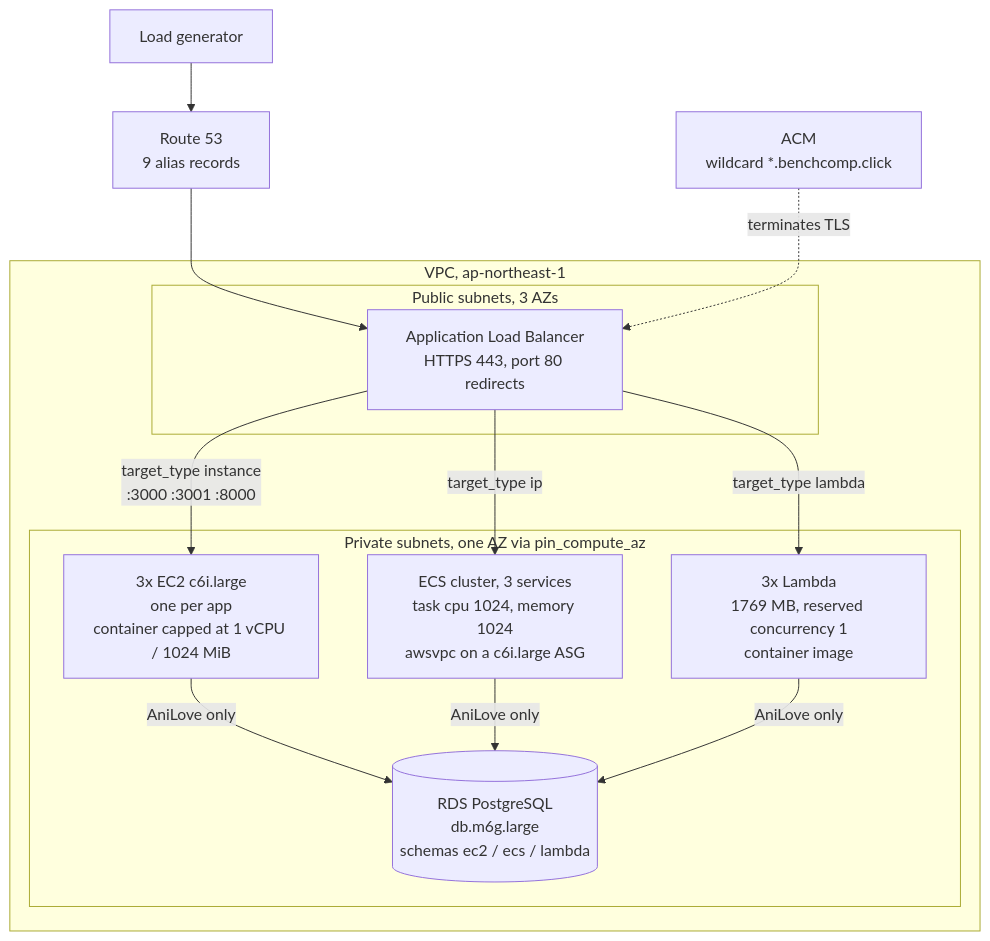
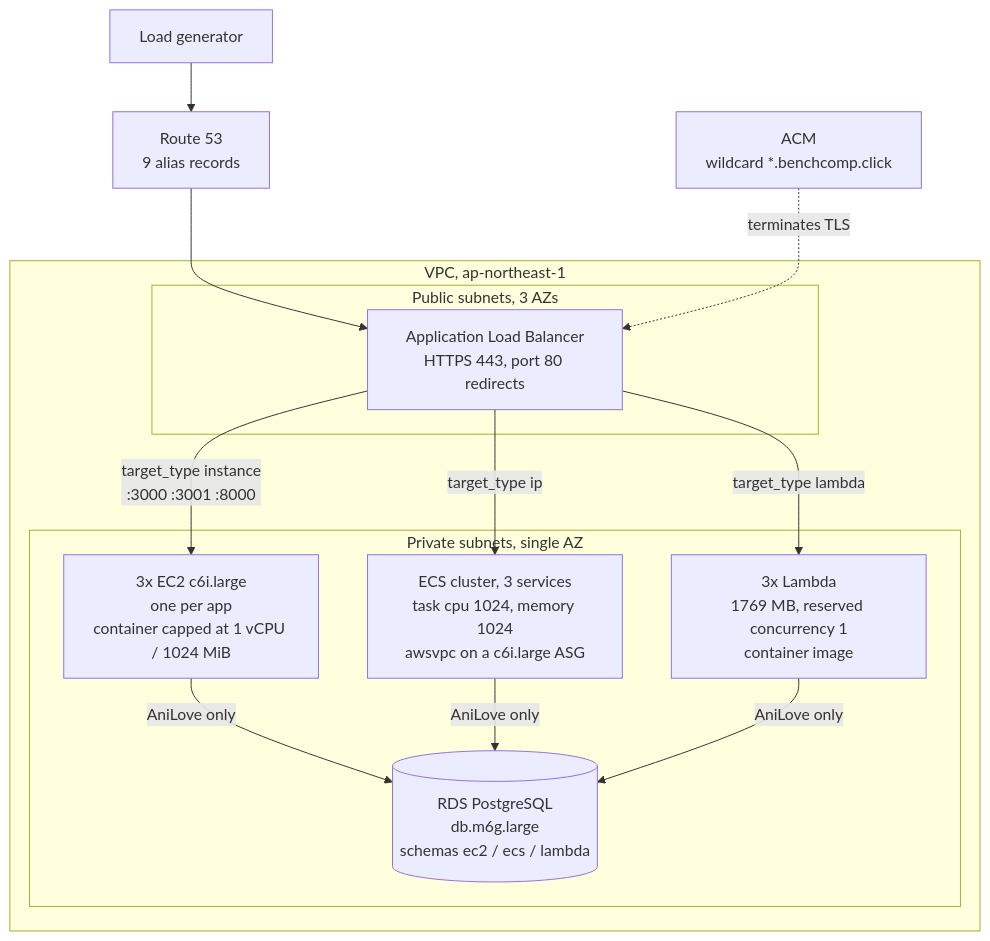
One commit to panpanpurin/aws-performance-benchmark changed the diagram in README.md. Above: the diagram before and after it, drawn with Mermaid. The commit also changed 1 other file, not shown here.

Commit message:
Shorten the private subnet label in the request path diagram

````diff
--- a/README.md
+++ b/README.md
@@ -28,28 +28,28 @@
 ```mermaid
 flowchart TB
   CLIENT["Load generator"]
   R53["Route 53<br/>9 alias records"]
   ACM["ACM<br/>wildcard *.benchcomp.click"]
 
   subgraph VPC["VPC, ap-northeast-1"]
     subgraph PUB["Public subnets, 3 AZs"]
       ALB["Application Load Balancer<br/>HTTPS 443, port 80 redirects"]
     end
 
-    subgraph PRIV["Private subnets, one AZ via pin_compute_az"]
+    subgraph PRIV["Private subnets, single AZ"]
       EC2["3x EC2 c6i.large<br/>one per app<br/>container capped at 1 vCPU / 1024 MiB"]
       ECS["ECS cluster, 3 services<br/>task cpu 1024, memory 1024<br/>awsvpc on a c6i.large ASG"]
       LAM["3x Lambda<br/>1769 MB, reserved concurrency 1<br/>container image"]
       RDS[("RDS PostgreSQL<br/>db.m6g.large<br/>schemas ec2 / ecs / lambda")]
     end
   end
 
   CLIENT --> R53 --> ALB
   ACM -. terminates TLS .-> ALB
   ALB -- "target_type instance<br/>:3000 :3001 :8000" --> EC2
   ALB -- "target_type ip" --> ECS
   ALB -- "target_type lambda" --> LAM
   EC2 -- "AniLove only" --> RDS
   ECS -- "AniLove only" --> RDS
   LAM -- "AniLove only" --> RDS
 ```
````
